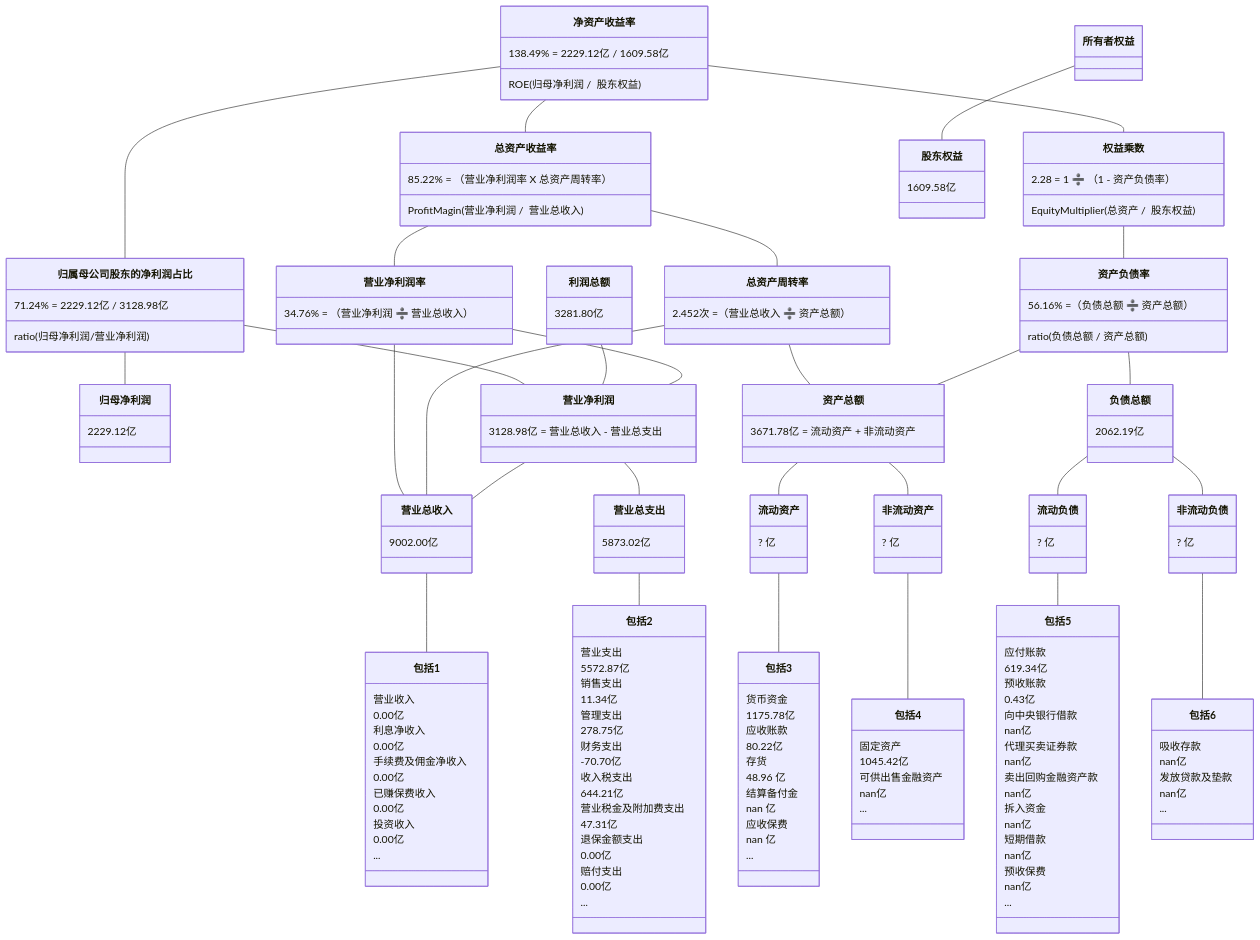
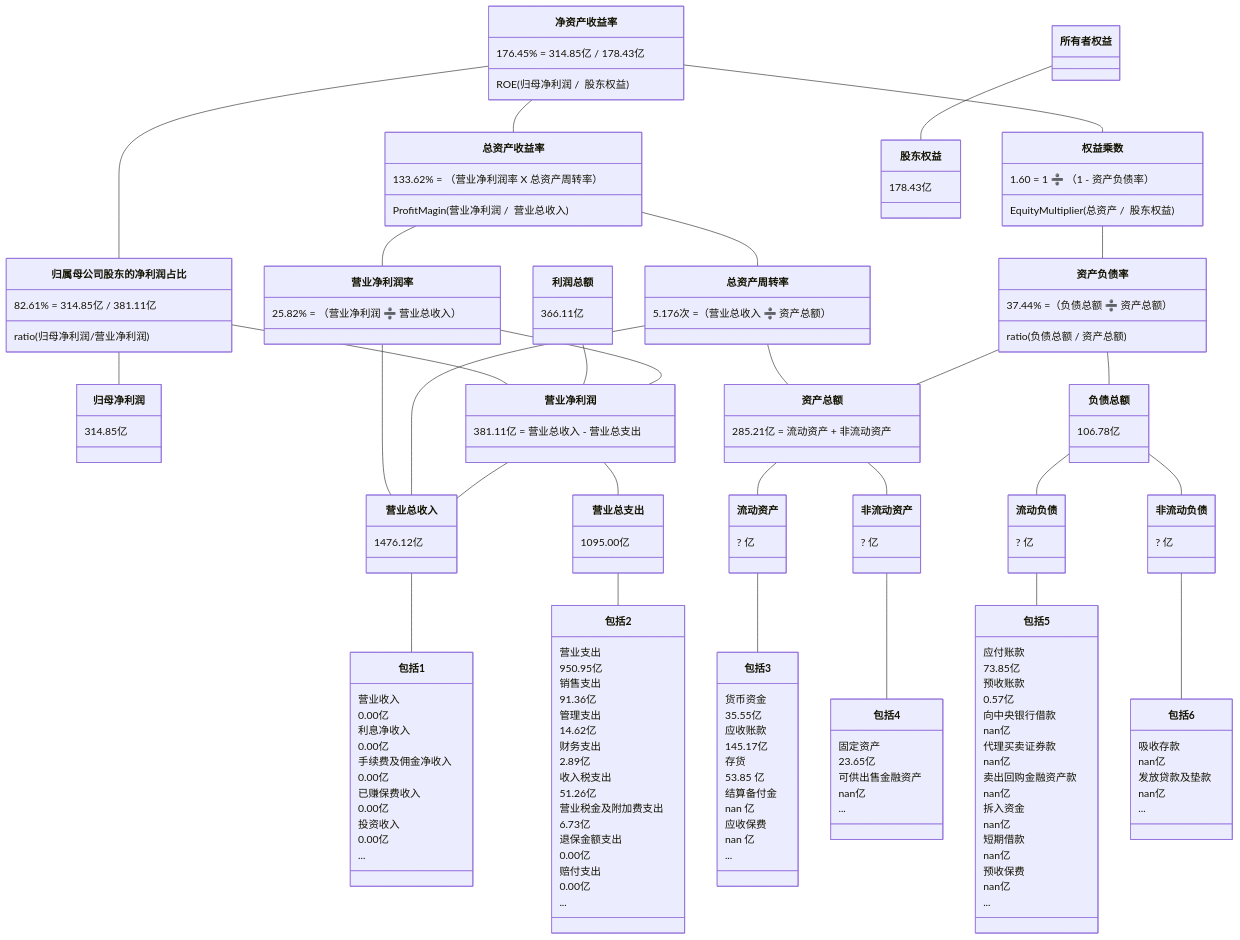
One commit to TheVeryDarkness/cs410 changed the fifth of 10 diagrams in 2/2.md. Above: the diagram before and after it, drawn with Mermaid. The commit also changed other lines of this file and 72 other files, not shown here.

````diff
--- a/2/2.md
+++ b/2/2.md
@@ -605,45 +625,45 @@
 ```mermaid
 classDiagram
 净资产收益率 -- 总资产收益率
-    净资产收益率 : 138.49% = 2229.12亿 / 1609.58亿
+    净资产收益率 : 176.45% = 314.85亿 / 178.43亿
     净资产收益率 : ROE(归母净利润 /  股东权益)
-    总资产收益率 : 85.22% = （营业净利润率 X 总资产周转率）
+    总资产收益率 : 133.62% = （营业净利润率 X 总资产周转率）
     总资产收益率 : ProfitMagin(营业净利润 /  营业总收入)
 净资产收益率 -- 归属母公司股东的净利润占比
-	  归属母公司股东的净利润占比 : 71.24% = 2229.12亿 / 3128.98亿
+	  归属母公司股东的净利润占比 : 82.61% = 314.85亿 / 381.11亿
 	  归属母公司股东的净利润占比 : ratio(归母净利润/营业净利润)
 归属母公司股东的净利润占比 -- 归母净利润
-    归母净利润 : 2229.12亿
+    归母净利润 : 314.85亿
 归属母公司股东的净利润占比 -- 营业净利润
-利润总额 : 3281.80亿
+利润总额 : 366.11亿
 利润总额 -- 营业净利润
 净资产收益率 -- 权益乘数
-    权益乘数 : 2.28 = 1 ➗ （1 - 资产负债率）
+    权益乘数 : 1.60 = 1 ➗ （1 - 资产负债率）
     权益乘数 : EquityMultiplier(总资产 /  股东权益)
 
 总资产收益率 -- 营业净利润率
-    营业净利润率 : 34.76% = （营业净利润 ➗ 营业总收入）
+    营业净利润率 : 25.82% = （营业净利润 ➗ 营业总收入）
 总资产收益率 -- 总资产周转率
-    总资产周转率 : 2.452次 =（营业总收入 ➗ 资产总额）
+    总资产周转率 : 5.176次 =（营业总收入 ➗ 资产总额）
 权益乘数 -- 资产负债率
-    资产负债率  : 56.16% =（负债总额 ➗ 资产总额）
+    资产负债率  : 37.44% =（负债总额 ➗ 资产总额）
     资产负债率  : ratio(负债总额 / 资产总额)
 
 营业净利润率 -- 营业净利润
-    营业净利润 : 3128.98亿 = 营业总收入 - 营业总支出
+    营业净利润 : 381.11亿 = 营业总收入 - 营业总支出
 营业净利润率 -- 营业总收入
 总资产周转率 -- 营业总收入
 总资产周转率 -- 资产总额
-    资产总额 : 3671.78亿 = 流动资产 + 非流动资产
+    资产总额 : 285.21亿 = 流动资产 + 非流动资产
 资产负债率 -- 负债总额
-    负债总额 : 2062.19亿
+    负债总额 : 106.78亿
 资产负债率 -- 资产总额
 
 
 营业净利润 -- 营业总收入
-    营业总收入 : 9002.00亿
+    营业总收入 : 1476.12亿
 营业净利润 -- 营业总支出
-    营业总支出 : 5873.02亿
+    营业总支出 : 1095.00亿
 资产总额 -- 流动资产
 	  流动资产 : ? 亿
 资产总额 -- 非流动资产
@@ -667,17 +687,17 @@
     包括1 : ...
 营业总支出 -- 包括2
     包括2 : 营业支出
-    包括2 : 5572.87亿
+    包括2 : 950.95亿
     包括2 : 销售支出
-    包括2 : 11.34亿
+    包括2 : 91.36亿
     包括2 : 管理支出
-    包括2 : 278.75亿
+    包括2 : 14.62亿
     包括2 : 财务支出
-    包括2 : -70.70亿
+    包括2 : 2.89亿
     包括2 : 收入税支出
-    包括2 : 644.21亿
+    包括2 : 51.26亿
     包括2 : 营业税金及附加费支出
-    包括2 : 47.31亿
+    包括2 : 6.73亿
     包括2 : 退保金额支出
     包括2 : 0.00亿
     包括2 : 赔付支出
@@ -685,11 +705,11 @@
     包括2 : ...
 流动资产 -- 包括3
     包括3 : 货币资金
-    包括3 : 1175.78亿
+    包括3 : 35.55亿
     包括3 : 应收账款
-    包括3 : 80.22亿
+    包括3 : 145.17亿
     包括3 : 存货
-    包括3 : 48.96 亿
+    包括3 : 53.85 亿
     包括3 : 结算备付金
     包括3 : nan 亿
     包括3 : 应收保费
@@ -697,15 +717,15 @@
     包括3 : ...
 非流动资产 -- 包括4
     包括4 : 固定资产
-    包括4 : 1045.42亿
+    包括4 : 23.65亿
     包括4 : 可供出售金融资产
     包括4 : nan亿
     包括4 : ...
 流动负债 -- 包括5
     包括5 : 应付账款
-    包括5 : 619.34亿
+    包括5 : 73.85亿
     包括5 : 预收账款
-    包括5 : 0.43亿
+    包括5 : 0.57亿
     包括5 : 向中央银行借款
     包括5 : nan亿
     包括5 : 代理买卖证券款
@@ -726,5 +746,5 @@
     包括6 : nan亿
     包括6 : ...
 所有者权益 -- 股东权益
-    股东权益 : 1609.58亿
+    股东权益 : 178.43亿
 ```
````
